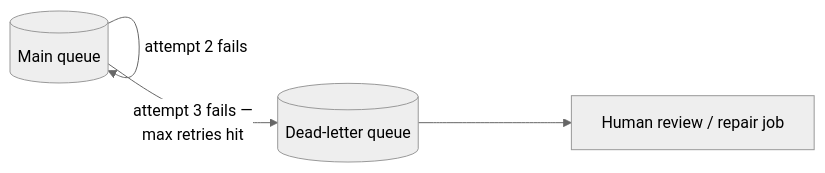
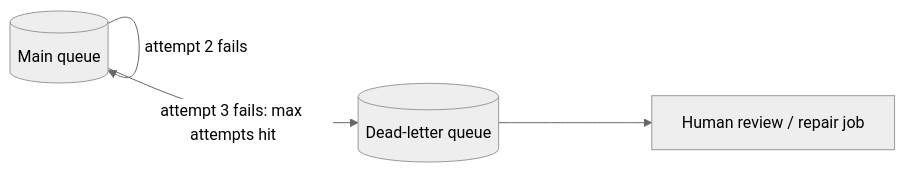
One commit to francoandreDev/knowledge changed the fifth of 6 diagrams in src/content/systems/queues/L2-concept.mdx. Above: the diagram before and after it, drawn with Mermaid (neutral theme). The commit also changed other lines of this file and 3 other files, not shown here.

````diff
--- a/src/content/systems/queues/L2-concept.mdx
+++ b/src/content/systems/queues/L2-concept.mdx
@@ -154,7 +199,7 @@
 ```mermaid
 flowchart LR
     Q[(Main queue)] -- "attempt 1 fails" --> Q
     Q -- "attempt 2 fails" --> Q
-    Q -- "attempt 3 fails —<br/>max retries hit" --> DLQ[(Dead-letter queue)]
+    Q -- "attempt 3 fails: max attempts hit" --> DLQ[(Dead-letter queue)]
     DLQ --> H[Human review / repair job]
 ```
````
